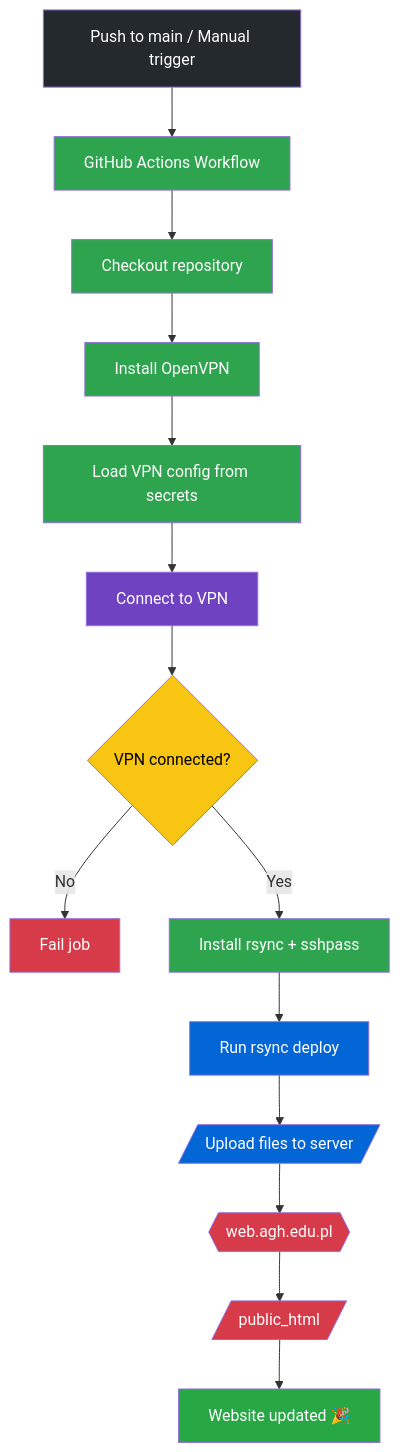
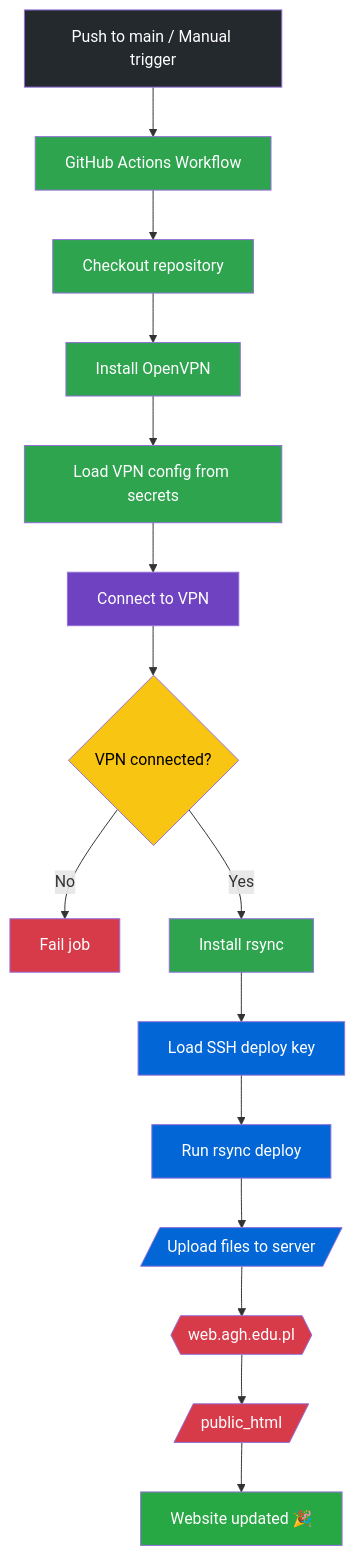
One commit to AlexSzczygielski/argo_website changed the first of 2 diagrams in README.md. Above: the diagram before and after it, drawn with Mermaid. The commit also changed other lines of this file, not shown here.

````diff
--- a/README.md
+++ b/README.md
@@ -48,31 +45,31 @@
 ```mermaid
 graph TD
     A[Push to main / Manual trigger]:::github --> B[GitHub Actions Workflow]:::pipeline
     
     B --> C[Checkout repository]:::pipeline
     C --> D[Install OpenVPN]:::pipeline
     D --> E[Load VPN config from secrets]:::pipeline
     E --> F[Connect to VPN]:::vpn
     
     F --> G{VPN connected?}:::decision
     G -- No --> X[Fail job]:::error
-    G -- Yes --> H[Install rsync + sshpass]:::pipeline
+    G -- Yes --> H[Install rsync]:::pipeline
     
-    H --> I[Run rsync deploy]:::deploy
-    I --> J[/Upload files to server/]:::deploy
+    H --> I[Load SSH deploy key]:::deploy
+    I --> J[Run rsync deploy]:::deploy
+    J --> K[/Upload files to server/]:::deploy
     
-    J --> K{{web.agh.edu.pl}}:::server
-    K --> L[/public_html/]:::server
+    K --> L{{web.agh.edu.pl}}:::server
+    L --> M[/public_html/]:::server
     
-    L --> M[Website updated 🎉]:::success
+    M --> N[Website updated 🎉]:::success
 
-    %% Classes
     classDef github fill:#24292e,color:#fff;
     classDef pipeline fill:#2ea44f,color:#fff;
     classDef vpn fill:#6f42c1,color:#fff;
     classDef deploy fill:#0366d6,color:#fff;
     classDef server fill:#d73a49,color:#fff;
     classDef decision fill:#f9c513,color:#000;
     classDef error fill:#d73a49,color:#fff;
     classDef success fill:#28a745,color:#fff;
 ```
````
